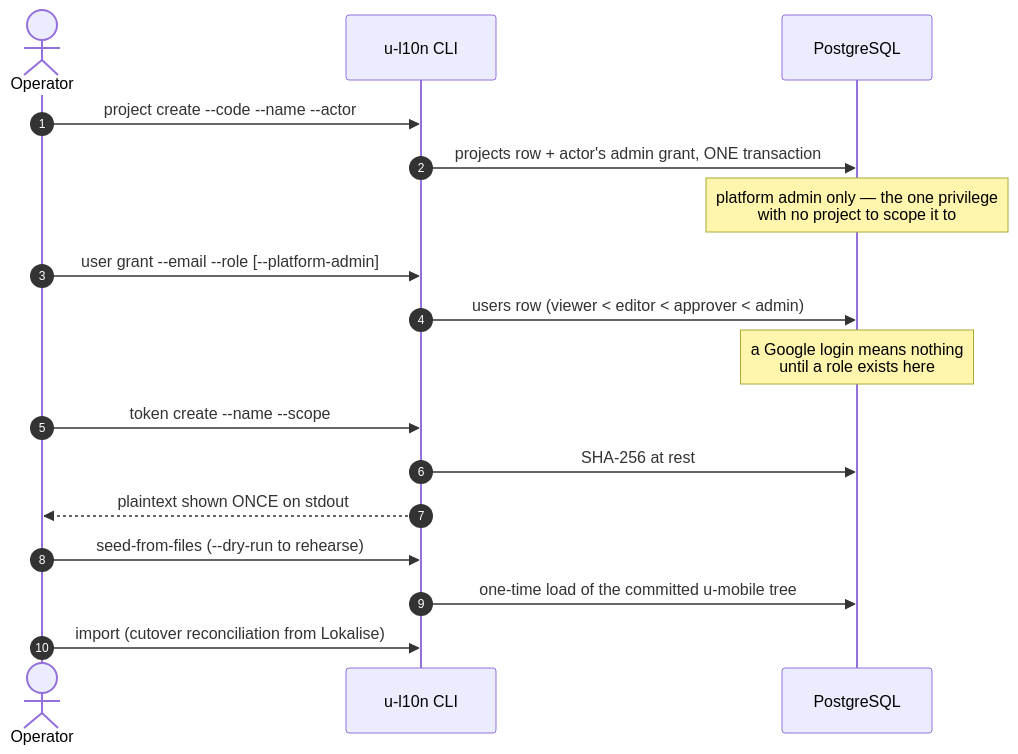
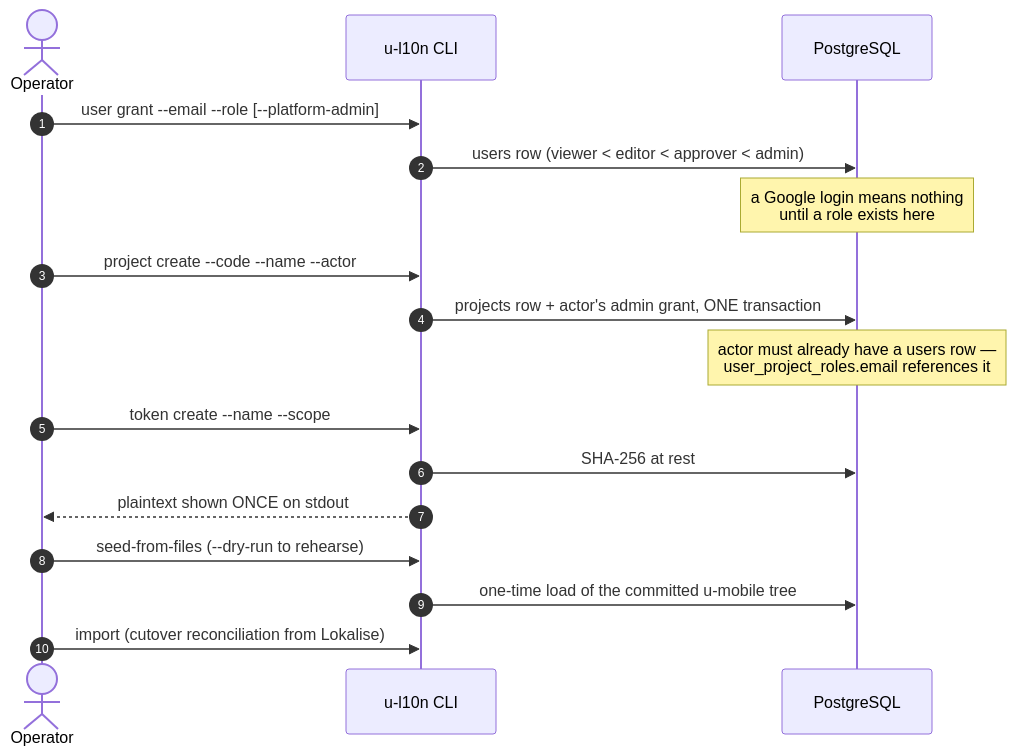
Before and after one commit to ashik-saini/u-l10n: the fourth of 5 diagrams in docs/USER_FLOWS.md, drawn with Mermaid. The commit also changed 2 other files, not shown here.

Commit message:
docs(fix): correct migration attributions and stale claims from review round 1
- api_tokens/audit_events/import_runs/project_settings are scoped by V1.13,
  not V1.09 — V1.09 only creates the projects table.
- keys' partial unique index and its ON CONFLICT target are (project_id,
  name) since V1.10; §2 still described the pre-scoping single-column form.
- releases.version's UNIQUE is per project since V1.12, but allocation
  (createReleaseSQL/createPublishSQL) is still a global max+1 with no
  project_id predicate — documented as outstanding work, not current
  behaviour.
- USER_FLOWS operator sequence ran `project create` before `user grant`,
  which cannot execute: the actor's admin grant is a FK to users(email).
  Reordered and replaced the incorrect "platform admin only" note on that
  step with the real constraint.
- project_test.go's three locale cleanups now assert their DELETE's error
  instead of discarding it, matching scope_constraints_test.go's documented
  reasoning: a silently failed delete leaks a row that later makes an
  unrelated count-based assertion flaky under -shuffle or a narrowed -run.

````diff
--- a/docs/USER_FLOWS.md
+++ b/docs/USER_FLOWS.md
@@ -94,20 +94,20 @@
 ```mermaid
 sequenceDiagram
     autonumber
     actor OP as Operator
     participant CLI as u-l10n CLI
     participant PG as PostgreSQL
 
-    OP->>CLI: project create --code --name --actor
-    CLI->>PG: projects row + actor's admin grant, ONE transaction
-    Note over PG: platform admin only — the one privilege<br/>with no project to scope it to
     OP->>CLI: user grant --email --role [--platform-admin]
     CLI->>PG: users row (viewer < editor < approver < admin)
     Note over PG: a Google login means nothing<br/>until a role exists here
+    OP->>CLI: project create --code --name --actor
+    CLI->>PG: projects row + actor's admin grant, ONE transaction
+    Note over PG: actor must already have a users row —<br/>user_project_roles.email references it
     OP->>CLI: token create --name --scope
     CLI->>PG: SHA-256 at rest
     CLI-->>OP: plaintext shown ONCE on stdout
     OP->>CLI: seed-from-files (--dry-run to rehearse)
     CLI->>PG: one-time load of the committed u-mobile tree
     OP->>CLI: import (cutover reconciliation from Lokalise)
 ```
````
